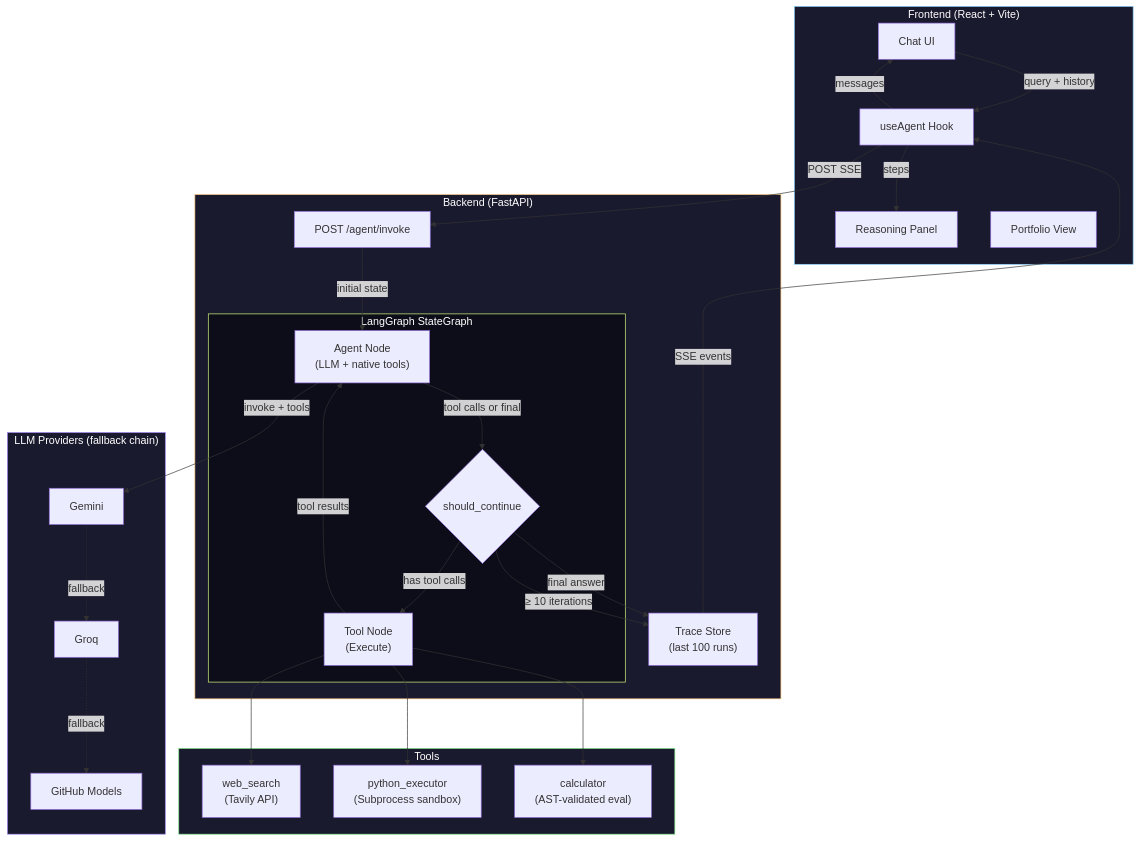
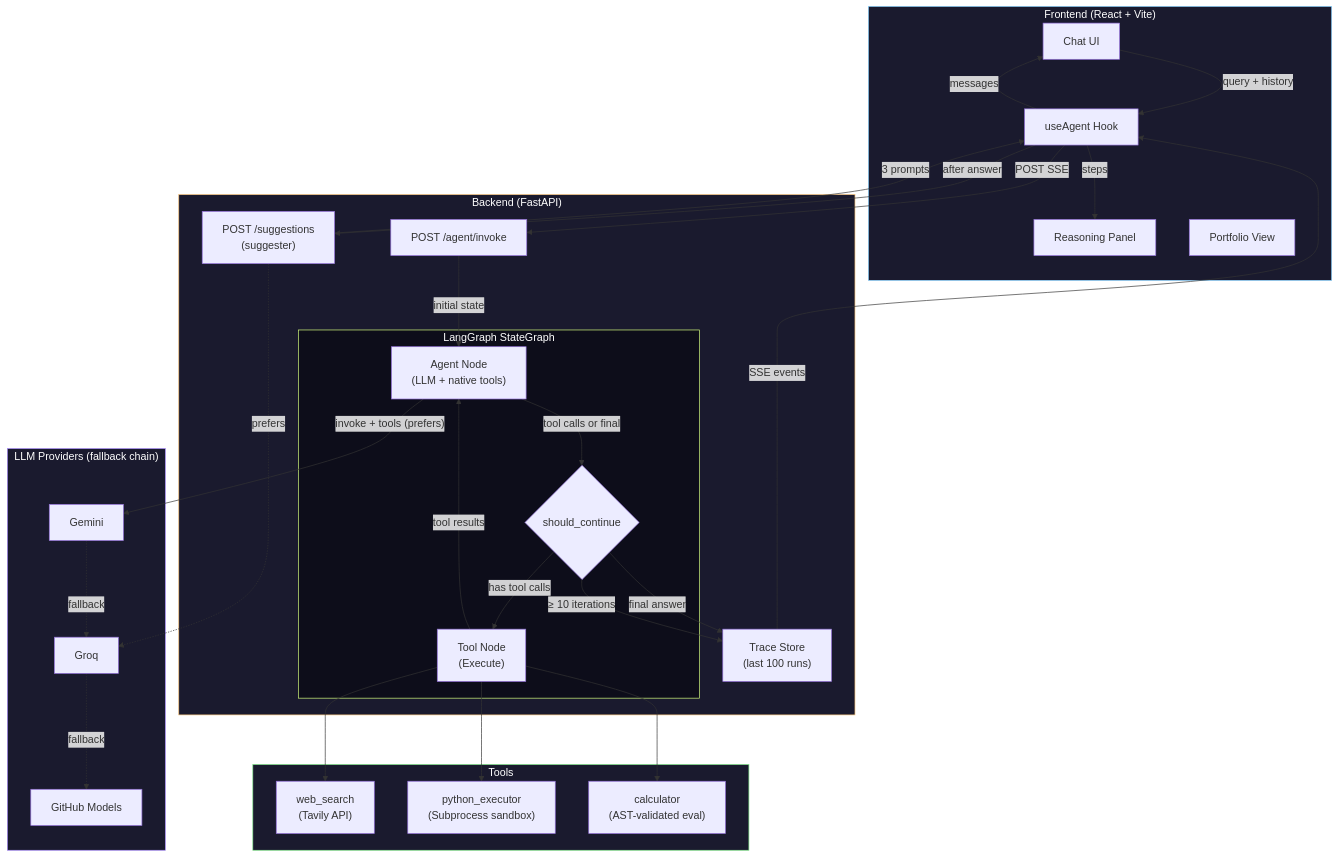
Before and after one commit to Shizu0n/ReAct-Agent: the diagram in README.md, drawn with Mermaid. The commit also changed other lines of this file and 12 other files, not shown here.

````diff
--- a/README.md
+++ b/README.md
@@ -65,55 +66,59 @@
 ```mermaid
 flowchart TB
     subgraph Frontend["Frontend (React + Vite)"]
         UI["Chat UI"]
         Hook["useAgent Hook"]
         Trace["Reasoning Panel"]
         Portfolio["Portfolio View"]
     end
 
     subgraph Backend["Backend (FastAPI)"]
         API["POST /agent/invoke"]
         subgraph LangGraph["LangGraph StateGraph"]
             AN["Agent Node<br/>(LLM + native tools)"]
             TN["Tool Node<br/>(Execute)"]
             Router{"should_continue"}
         end
         Store["Trace Store<br/>(last 100 runs)"]
+        SUG["POST /suggestions<br/>(suggester)"]
     end
 
     subgraph Tools["Tools"]
         WS["web_search<br/>(Tavily API)"]
         PE["python_executor<br/>(Subprocess sandbox)"]
         CA["calculator<br/>(AST-validated eval)"]
     end
 
     subgraph Providers["LLM Providers (fallback chain)"]
         G["Gemini"]
         GR["Groq"]
         GH["GitHub Models"]
     end
 
     UI -->|"query + history"| Hook
     Hook -->|"POST SSE"| API
     API -->|"initial state"| AN
     AN -->|"tool calls or final"| Router
     Router -->|"has tool calls"| TN
     Router -->|"final answer"| Store
     Router -->|"≥ 10 iterations"| Store
     TN -->|"tool results"| AN
     TN --> WS
     TN --> PE
     TN --> CA
-    AN -->|"invoke + tools"| G
+    AN -->|"invoke + tools (prefers)"| G
     G -.->|"fallback"| GR
     GR -.->|"fallback"| GH
     Store -->|"SSE events"| Hook
     Hook -->|"steps"| Trace
     Hook -->|"messages"| UI
+    Hook -->|"after answer"| SUG
+    SUG -.->|"prefers"| GR
+    SUG -->|"3 prompts"| Hook
 
     style Frontend fill:#1a1a2e,stroke:#8BD3FF,color:#fff
     style Backend fill:#1a1a2e,stroke:#F6C177,color:#fff
     style LangGraph fill:#0d0d1a,stroke:#D6FF7F,color:#fff
     style Tools fill:#1a1a2e,stroke:#7EE787,color:#fff
     style Providers fill:#1a1a2e,stroke:#A78BFA,color:#fff
 ```
````
